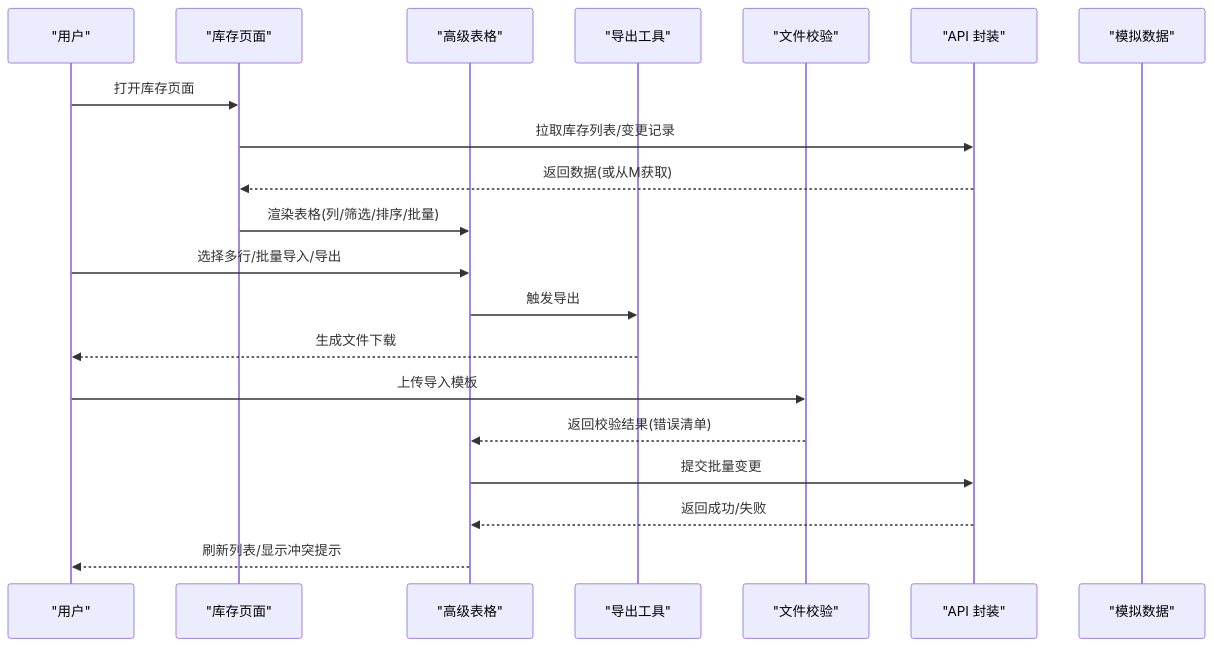
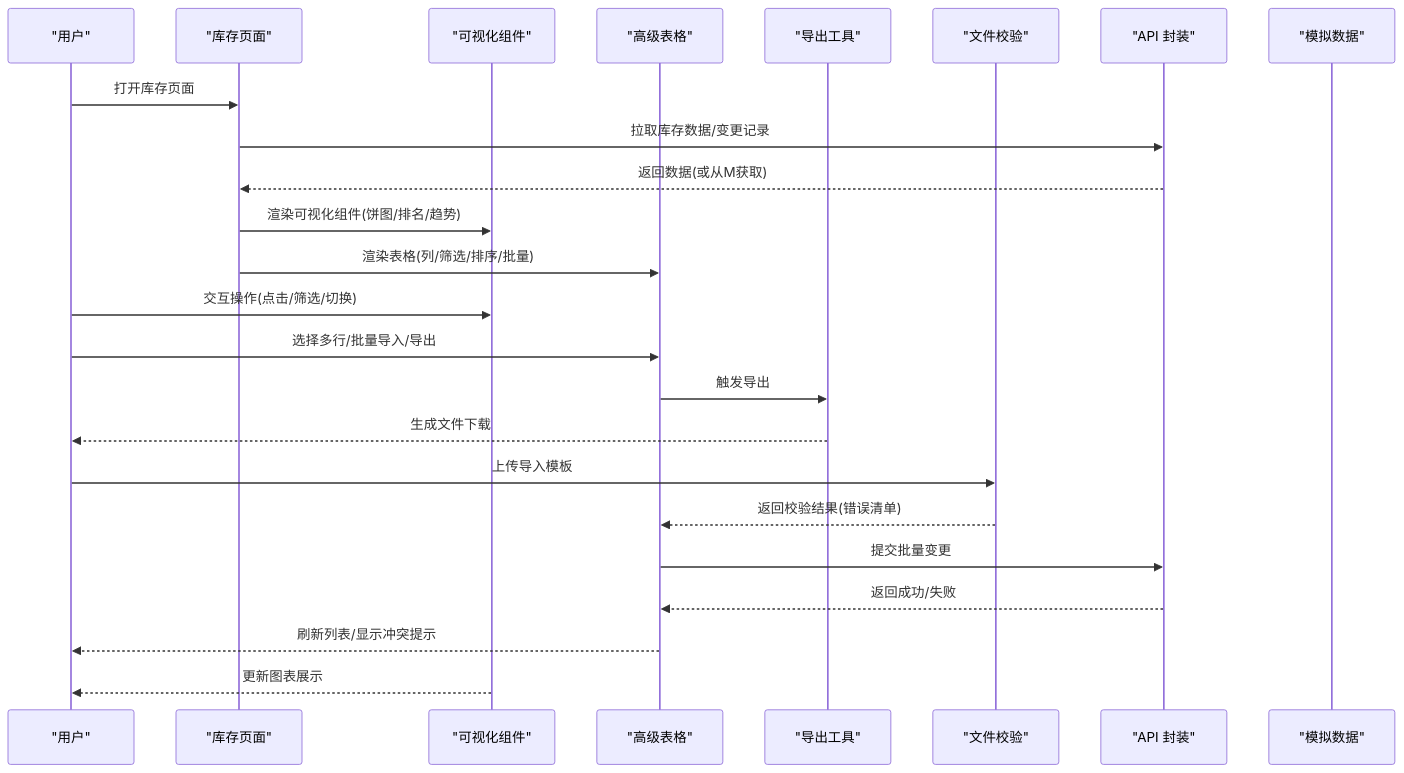
Before and after one commit to Damao997/newproject: the second of 8 diagrams in .qoder/repowiki/zh/content/页面组件/库存管理页面.md, drawn with Mermaid. The commit also changed other lines of this file and 55 other files, not shown here.

````diff
--- a/.qoder/repowiki/zh/content/页面组件/库存管理页面.md
+++ b/.qoder/repowiki/zh/content/页面组件/库存管理页面.md
@@ -95,22 +137,26 @@
 ```mermaid
 sequenceDiagram
 participant U as "用户"
 participant P as "库存页面"
+participant V as "可视化组件"
 participant T as "高级表格"
 participant X as "导出工具"
-participant V as "文件校验"
+participant Vld as "文件校验"
 participant A as "API 封装"
 participant M as "模拟数据"
 U->>P : 打开库存页面
-P->>A : 拉取库存列表/变更记录
+P->>A : 拉取库存数据/变更记录
 A-->>P : 返回数据(或从M获取)
+P->>V : 渲染可视化组件(饼图/排名/趋势)
 P->>T : 渲染表格(列/筛选/排序/批量)
+U->>V : 交互操作(点击/筛选/切换)
 U->>T : 选择多行/批量导入/导出
 T->>X : 触发导出
 X-->>U : 生成文件下载
-U->>V : 上传导入模板
-V-->>T : 返回校验结果(错误清单)
+U->>Vld : 上传导入模板
+Vld-->>T : 返回校验结果(错误清单)
 T->>A : 提交批量变更
 A-->>T : 返回成功/失败
 T-->>U : 刷新列表/显示冲突提示
+V-->>U : 更新图表展示
 ```
````
